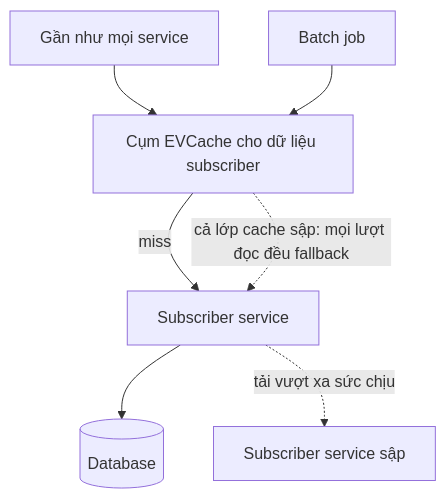
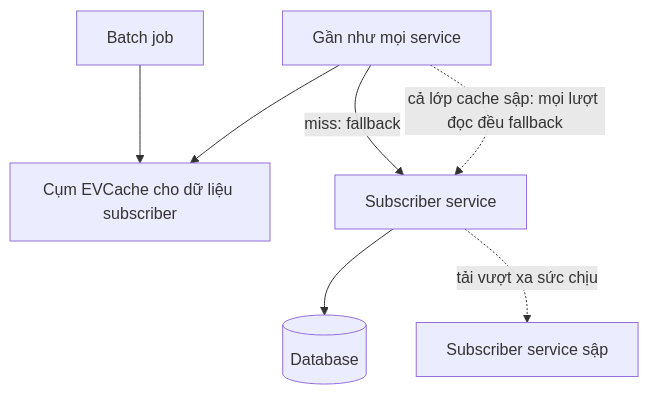
The diagram in content/posts/netflix-microservices-mastering-chaos/vi.mdx (khanhnguyendev/engineering-reader), drawn with Mermaid before and after one commit. The commit also changed other lines of this file and 3 other files, not shown here.

First line of the commit message:
content(netflix): review fix round 1 (2012 scope, 2000 ref, lesson 1, diagram edges)

````diff
--- a/content/posts/netflix-microservices-mastering-chaos/vi.mdx
+++ b/content/posts/netflix-microservices-mastering-chaos/vi.mdx
@@ -70,9 +70,9 @@
 ```mermaid
 flowchart TD
     A[Gần như mọi service] --> B[Cụm EVCache cho dữ liệu subscriber]
     C[Batch job] --> B
-    B -->|miss| D[Subscriber service]
+    A -->|miss: fallback| D[Subscriber service]
     D --> E[(Database)]
-    B -.->|cả lớp cache sập: mọi lượt đọc đều fallback| D
+    A -.->|cả lớp cache sập: mọi lượt đọc đều fallback| D
     D -.->|tải vượt xa sức chịu| F[Subscriber service sập]
 ```
````
